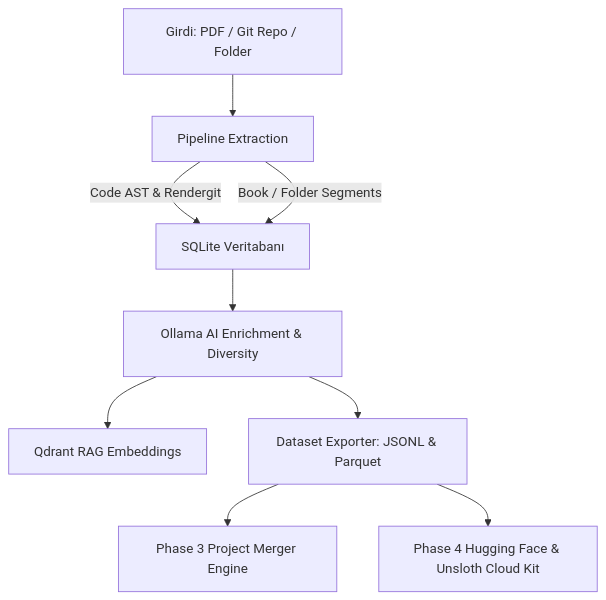
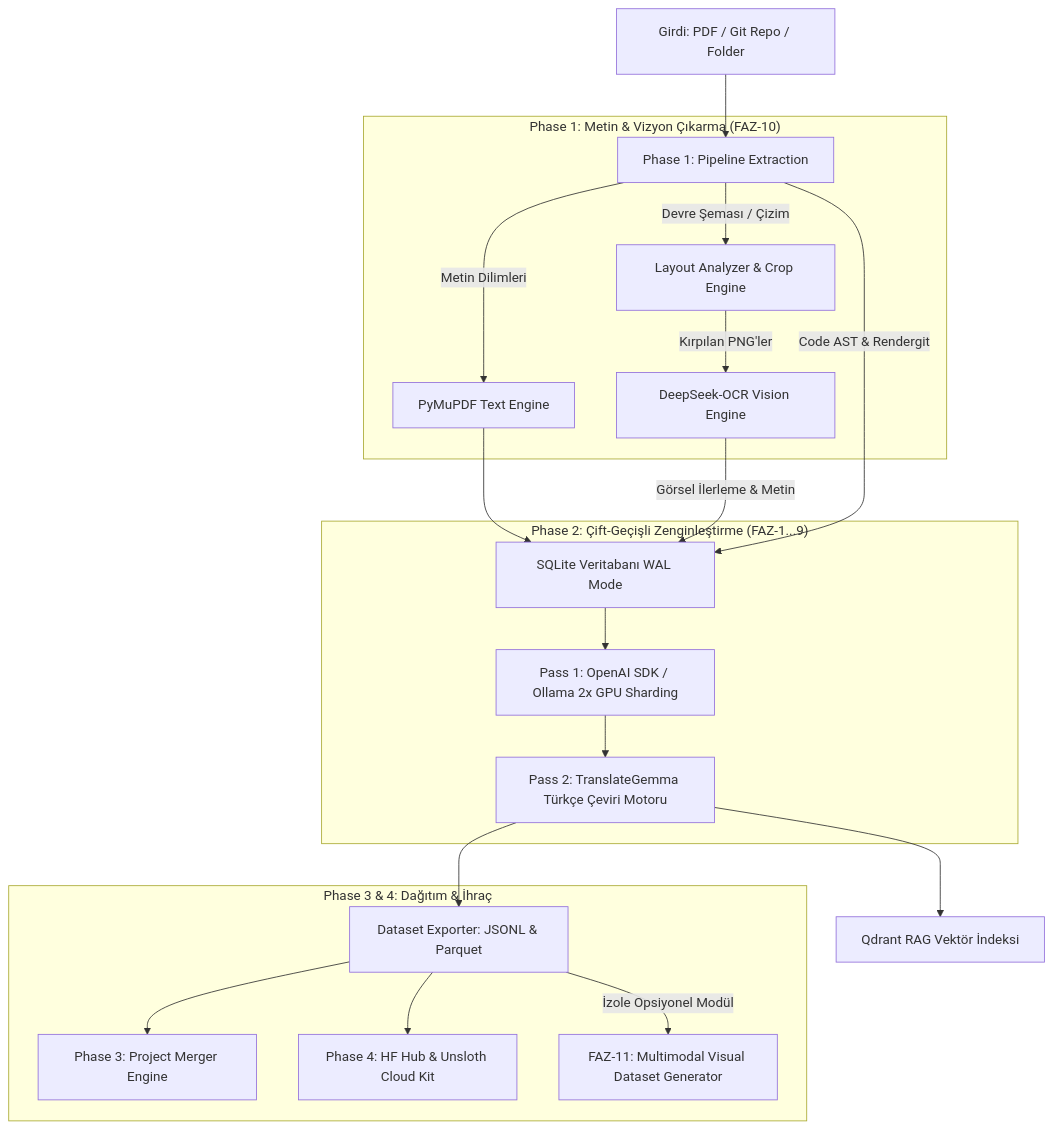
One commit to onkanat/elektor changed the diagram in .antigravity/ARCHITECTURE.md. Above: the diagram before and after it, drawn with Mermaid. The commit also changed other lines of this file, not shown here.

Commit message:
docs(architecture): update FAZ-10 vision pipeline, HF privacy policy, DeepSeek-OCR2 analysis, and FAZ-11 official plan

````diff
--- a/.antigravity/ARCHITECTURE.md
+++ b/.antigravity/ARCHITECTURE.md
@@ -11,11 +11,28 @@
 ```mermaid
 graph TD
-    A[Girdi: PDF / Git Repo / Folder] --> B[Pipeline Extraction]
-    B -->|Code AST & Rendergit| C[SQLite Veritabanı]
-    B -->|Book / Folder Segments| C
-    C --> D[Ollama AI Enrichment & Diversity]
-    D --> E[Qdrant RAG Embeddings]
-    D --> F[Dataset Exporter: JSONL & Parquet]
-    F --> G[Phase 3 Project Merger Engine]
-    F --> H[Phase 4 Hugging Face & Unsloth Cloud Kit]
+    A[Girdi: PDF / Git Repo / Folder] --> B[Phase 1: Pipeline Extraction]
+    
+    subgraph "Phase 1: Metin & Vizyon Çıkarma (FAZ-10)"
+        B -->|Metin Dilimleri| C1[PyMuPDF Text Engine]
+        B -->|Devre Şeması / Çizim| C2[Layout Analyzer & Crop Engine]
+        C2 -->|Kırpılan PNG'ler| C3[DeepSeek-OCR Vision Engine]
+    end
+
+    C1 --> D[SQLite Veritabanı WAL Mode]
+    C3 -->|Görsel İlerleme & Metin| D
+    B -->|Code AST & Rendergit| D
+
+    subgraph "Phase 2: Çift-Geçişli Zenginleştirme (FAZ-1...9)"
+        D --> E1[Pass 1: OpenAI SDK / Ollama 2x GPU Sharding]
+        E1 --> E2[Pass 2: TranslateGemma Türkçe Çeviri Motoru]
+    end
+
+    E2 --> F[Qdrant RAG Vektör İndeksi]
+    E2 --> G[Dataset Exporter: JSONL & Parquet]
+    
+    subgraph "Phase 3 & 4: Dağıtım & İhraç"
+        G --> H[Phase 3: Project Merger Engine]
+        G --> I[Phase 4: HF Hub & Unsloth Cloud Kit]
+        G -->|İzole Opsiyonel Modül| J[FAZ-11: Multimodal Visual Dataset Generator]
+    end
 ```
````
